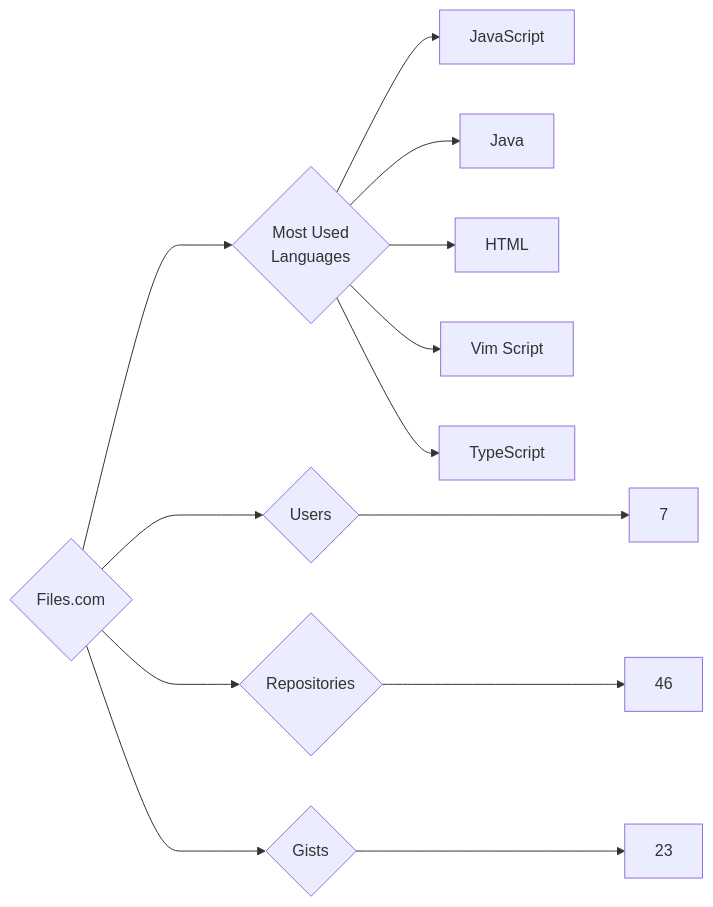
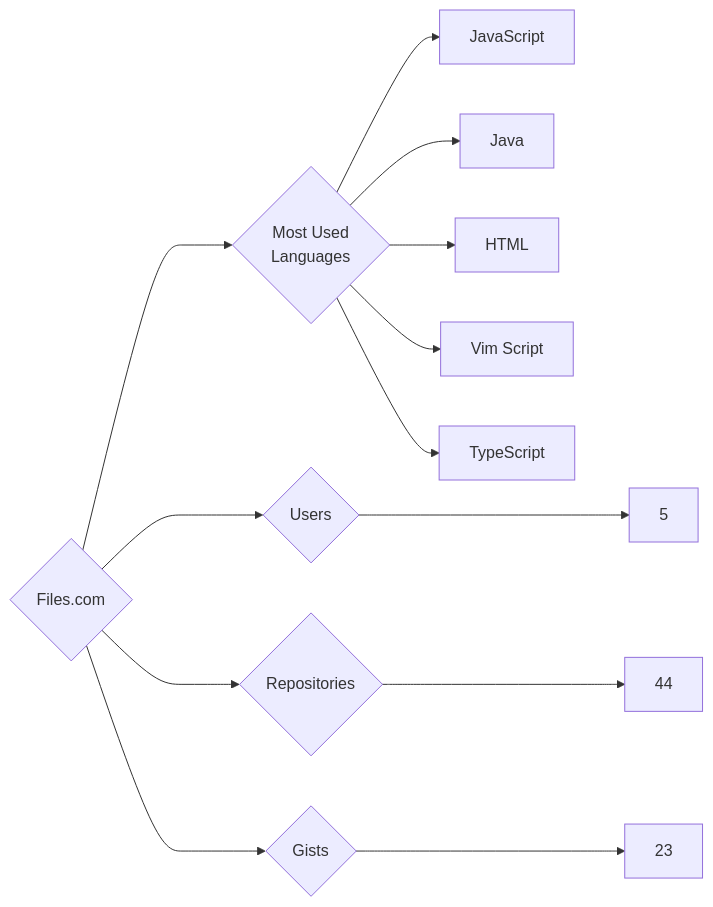
Before and after one commit to trickest/insiders: the diagram in targets/Files.com/README.md, drawn with Mermaid. The commit also changed 1148 other files, not shown here.

````diff
--- a/targets/Files.com/README.md
+++ b/targets/Files.com/README.md
@@ -3,13 +3,13 @@
 ```mermaid
 graph LR
 COMPANY_NAME{Files.com}
-COMPANY_NAME ---> U{Users} ---> UN[7]
-COMPANY_NAME ---> R{Repositories} ---> RN[46]
+COMPANY_NAME ---> U{Users} ---> UN[5]
+COMPANY_NAME ---> R{Repositories} ---> RN[44]
 COMPANY_NAME ---> G{Gists} ---> GN[23]
 COMPANY_NAME ---> ML{Most Used<br>Languages}
 ML --> JavaScript[JavaScript]
 ML --> Java[Java]
 ML --> HTML[HTML]
 ML --> Vim_Script[Vim Script]
 ML --> TypeScript[TypeScript]
 ```
````
